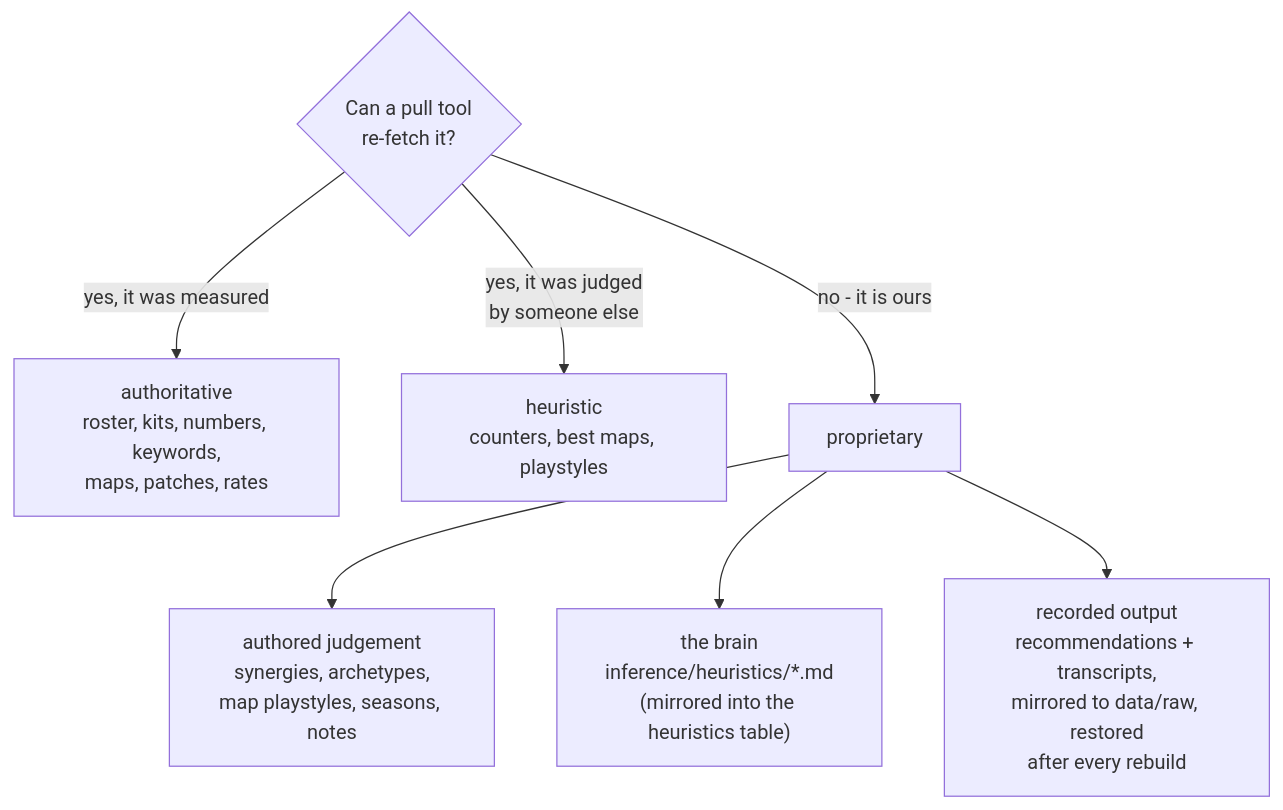
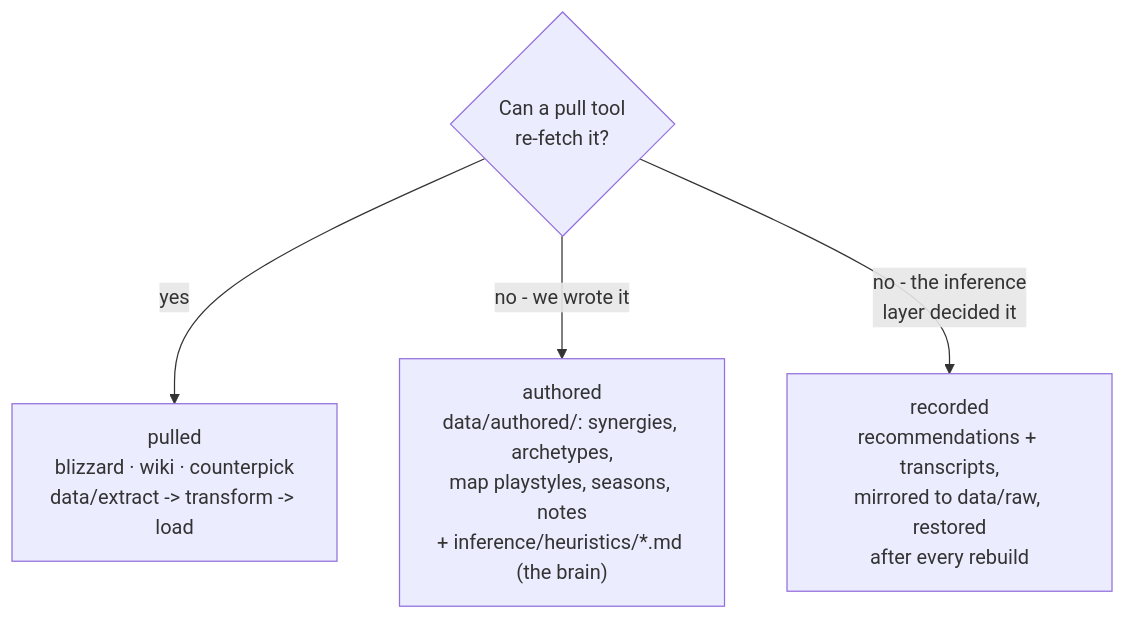
One commit to mmikol/counter-utility-matrix changed the fourth of 5 diagrams in docs/architecture.md. Above: the diagram before and after it, drawn with Mermaid. The commit also changed other lines of this file and 108 other files, not shown here.

First line of the commit message:
Flatten the data layer by stage; ban selection for the match

````diff
--- a/docs/architecture.md
+++ b/docs/architecture.md
@@ -126,10 +130,7 @@
 ```mermaid
 flowchart TD
     Q{"Can a pull tool<br/>re-fetch it?"}
-    Q -->|"yes, it was measured"| A["authoritative<br/>roster, kits, numbers, keywords,<br/>maps, patches, rates"]
-    Q -->|"yes, it was judged<br/>by someone else"| H["heuristic<br/>counters, best maps, playstyles"]
-    Q -->|"no - it is ours"| P["proprietary"]
-    P --> P1["authored judgement<br/>synergies, archetypes,<br/>map playstyles, seasons, notes"]
-    P --> P2["the brain<br/>inference/heuristics/*.md<br/>(mirrored into the heuristics table)"]
-    P --> P3["recorded output<br/>recommendations + transcripts,<br/>mirrored to data/raw, restored<br/>after every rebuild"]
+    Q -->|"yes"| F["pulled<br/>blizzard · wiki · counterpick<br/>data/extract -> transform -> load"]
+    Q -->|"no - we wrote it"| A["authored<br/>data/authored/: synergies, archetypes,<br/>map playstyles, seasons, notes<br/>+ inference/heuristics/*.md (the brain)"]
+    Q -->|"no - the inference<br/>layer decided it"| R["recorded<br/>recommendations + transcripts,<br/>mirrored to data/raw, restored<br/>after every rebuild"]
 ```
````
